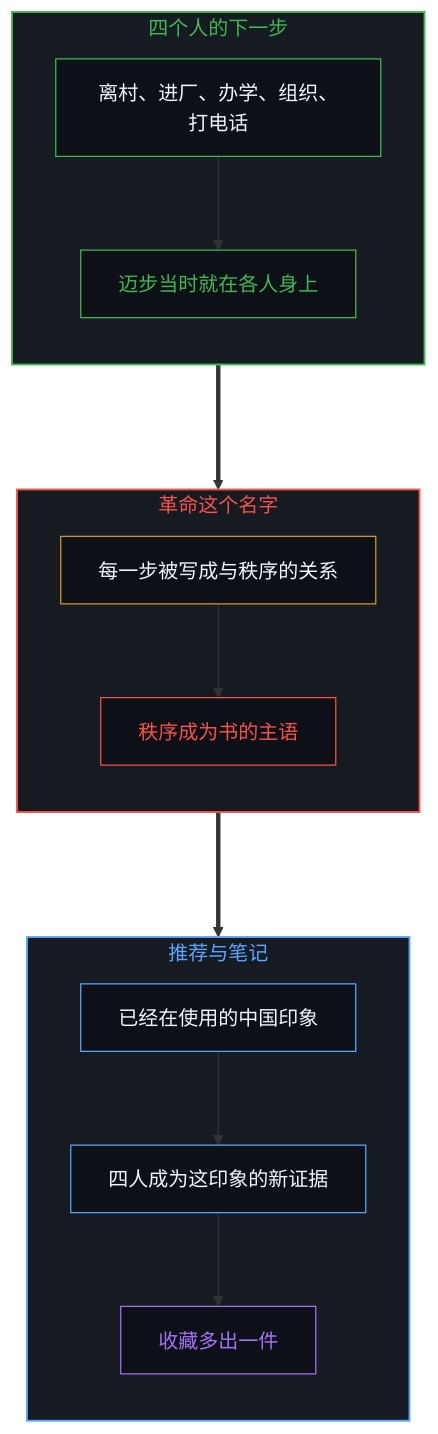
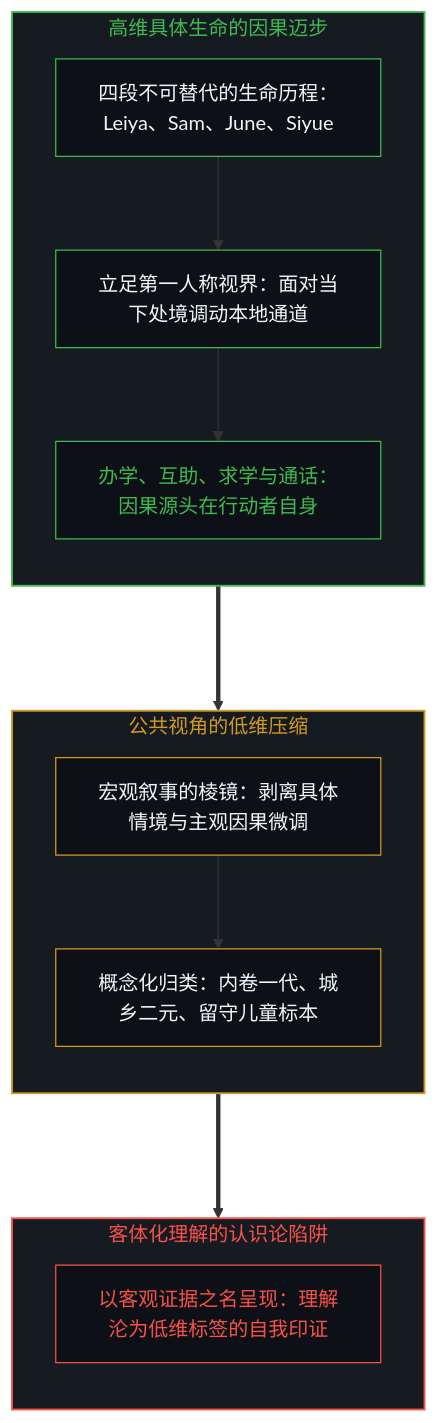
One commit to powerpig99/not-a-toe changed the first of 8 diagrams in content/posts/the-name-revolution-files-a-life-as-evidence.md. Above: the diagram before and after it, drawn with Mermaid. The commit also changed other lines of this file and 3 other files, not shown here.

Commit message:
refactor(post-340): elevate prose flow and deepen critique of narrative collapse and evidence filing

````diff
--- a/content/posts/the-name-revolution-files-a-life-as-evidence.md
+++ b/content/posts/the-name-revolution-files-a-life-as-evidence.md
@@ -25,28 +15,31 @@
 ```mermaid
 graph TD
-    subgraph S_Step ["四个人的下一步"]
+    subgraph S_LivingAgents ["高维具体生命的因果迈步"]
         direction TB
-        N1["离村、进厂、办学、组织、打电话"] --> N2["迈步当时就在各人身上"]
+        A1["四段不可替代的生命历程：Leiya、Sam、June、Siyue"] --> A2["立足第一人称视界：面对当下处境调动本地通道"]
+        A2 --> A3["办学、互助、求学与通话：因果源头在行动者自身"]
     end
-    subgraph S_Name ["革命这个名字"]
+
+    subgraph S_PublicCollapse ["公共视角的低维压缩"]
         direction TB
-        N3["每一步被写成与秩序的关系"] --> N4["秩序成为书的主语"]
+        B1["宏观叙事的棱镜：剥离具体情境与主观因果微调"] --> B2["概念化归类：内卷一代、城乡二元、留守儿童标本"]
     end
-    subgraph S_File ["推荐与笔记"]
+
+    subgraph S_SpecimenOutcome ["客体化理解的认识论陷阱"]
         direction TB
-        N5["已经在使用的中国印象"] --> N6["四人成为这印象的新证据"]
-        N6 --> N7["收藏多出一件"]
+        C1["以客观证据之名呈现：理解沦为低维标签的自我印证"]
     end
-    N2 ===> N3
-    N4 ===> N5
-    style S_Step fill:#161b22,stroke:#3fb950,stroke-width:1.5px,color:#3fb950
-    style S_Name fill:#161b22,stroke:#f85149,stroke-width:1.5px,color:#f85149
-    style S_File fill:#161b22,stroke:#58a6ff,stroke-width:1.5px,color:#58a6ff
-    style N1 fill:#0d1117,stroke:#3fb950,stroke-width:1px,color:#f0f6fc
-    style N2 fill:#0d1117,stroke:#3fb950,stroke-width:1px,color:#3fb950
-    style N3 fill:#0d1117,stroke:#d29922,stroke-width:1px,color:#f0f6fc
-    style N4 fill:#0d1117,stroke:#f85149,stroke-width:1px,color:#f85149
-    style N5 fill:#0d1117,stroke:#58a6ff,stroke-width:1px,color:#f0f6fc
-    style N6 fill:#0d1117,stroke:#58a6ff,stroke-width:1px,color:#f0f6fc
-    style N7 fill:#0d1117,stroke:#a371f7,stroke-width:1px,color:#a371f7
+
+    A3 ===> B1
+    B2 ===> C1
+
+    style S_LivingAgents fill:#161b22,stroke:#3fb950,stroke-width:1.5px,color:#3fb950
+    style S_PublicCollapse fill:#161b22,stroke:#d29922,stroke-width:1.5px,color:#d29922
+    style S_SpecimenOutcome fill:#161b22,stroke:#f85149,stroke-width:1.5px,color:#f85149
+    style A1 fill:#0d1117,stroke:#3fb950,stroke-width:1px,color:#f0f6fc
+    style A2 fill:#0d1117,stroke:#3fb950,stroke-width:1px,color:#f0f6fc
+    style A3 fill:#0d1117,stroke:#3fb950,stroke-width:1px,color:#3fb950
+    style B1 fill:#0d1117,stroke:#d29922,stroke-width:1px,color:#f0f6fc
+    style B2 fill:#0d1117,stroke:#d29922,stroke-width:1px,color:#f0f6fc
+    style C1 fill:#0d1117,stroke:#f85149,stroke-width:1px,color:#f85149
 ```
````
